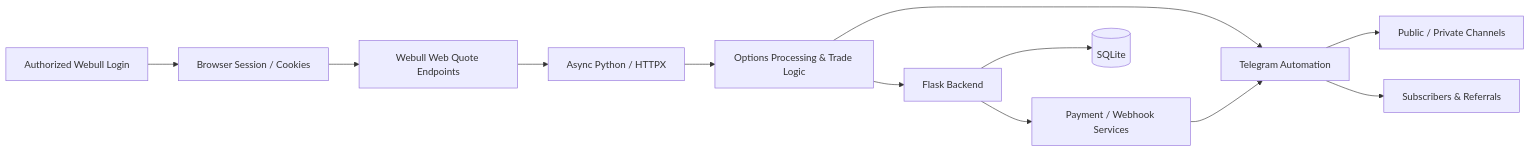
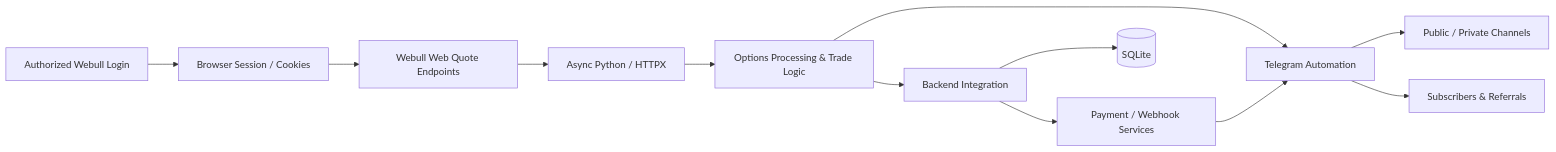
The diagram in README.md (hassanA176/camel-spx-webull-telegram-backend), drawn with Mermaid before and after one commit. The commit also changed other lines of this file, not shown here.

Commit message:
Refine portfolio documentation around backend contribution

````diff
--- a/README.md
+++ b/README.md
@@ -71,14 +71,14 @@
 ```mermaid
 flowchart LR
     A[Authorized Webull Login] --> B[Browser Session / Cookies]
     B --> C[Webull Web Quote Endpoints]
     C --> D[Async Python / HTTPX]
     D --> E[Options Processing & Trade Logic]
     E --> F[Telegram Automation]
-    E --> G[Flask Backend]
+    E --> G[Backend Integration]
     F --> H[Public / Private Channels]
     F --> I[Subscribers & Referrals]
     G --> J[(SQLite)]
     G --> K[Payment / Webhook Services]
     K --> F
 ```
````
